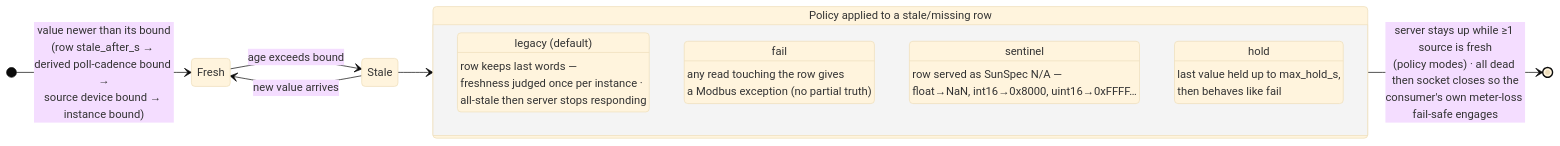
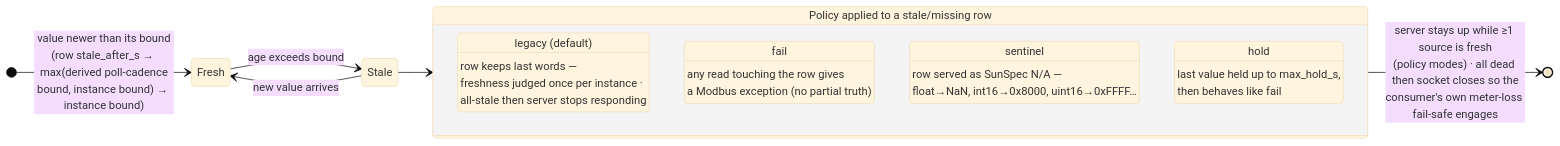
Before and after one commit to sm26449/multi-bus-gateway: the third of 4 diagrams in docs/architecture.md, drawn with Mermaid (base theme). The commit also changed other lines of this file and 9 other files, not shown here.

````diff
--- a/docs/architecture.md
+++ b/docs/architecture.md
@@ -347,22 +351,22 @@
 ```mermaid
 stateDiagram-v2
     direction LR
-    [*] --> Fresh : value newer than its bound<br/>(row stale_after_s → derived poll-cadence bound →<br/>source device bound → instance bound)
+    [*] --> Fresh : value newer than its bound<br/>(row stale_after_s → max(derived poll-cadence<br/>bound, instance bound) → instance bound)
 
     Fresh --> Stale : age exceeds bound
     Stale --> Fresh : new value arrives
 
     state "Policy applied to a stale/missing row" as P {
         state "legacy (default)" as L
         state "fail" as F
         state "sentinel" as S
         state "hold" as H
         L : row keeps last words —<br/>freshness judged once per instance ·<br/>all-stale then server stops responding
         F : any read touching the row gives<br/>a Modbus exception (no partial truth)
         S : row served as SunSpec N/A —<br/>float→NaN, int16→0x8000, uint16→0xFFFF…
         H : last value held up to max_hold_s,<br/>then behaves like fail
     }
 
     Stale --> P
     P --> [*] : server stays up while ≥1 source is fresh<br/>(policy modes) · all dead then socket closes so the<br/>consumer's own meter-loss fail-safe engages
 ```
````
